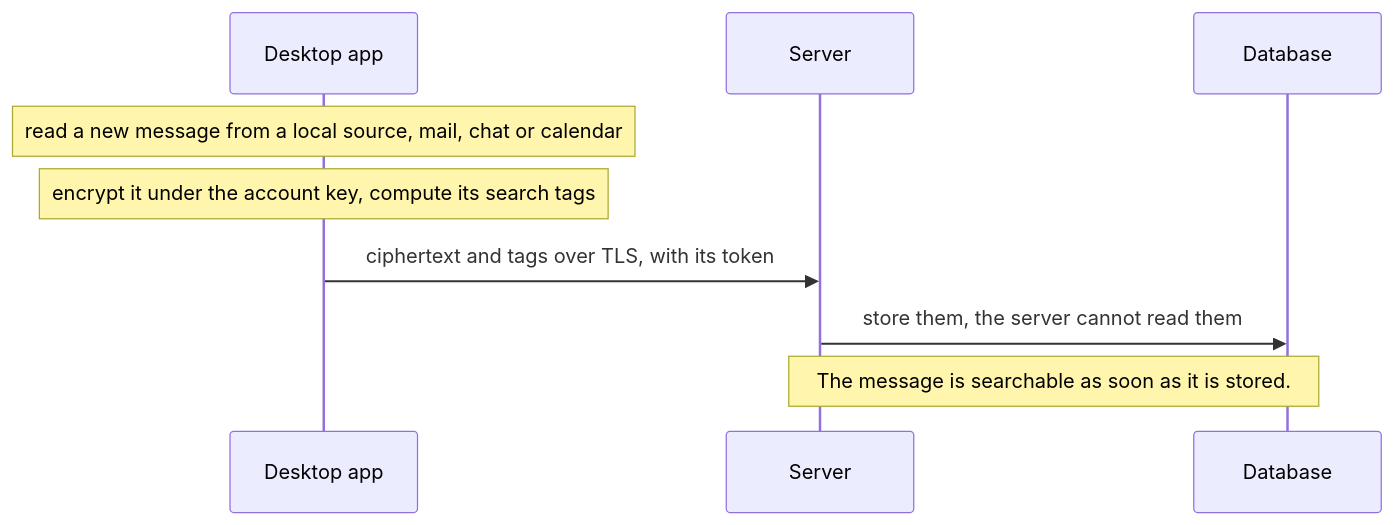
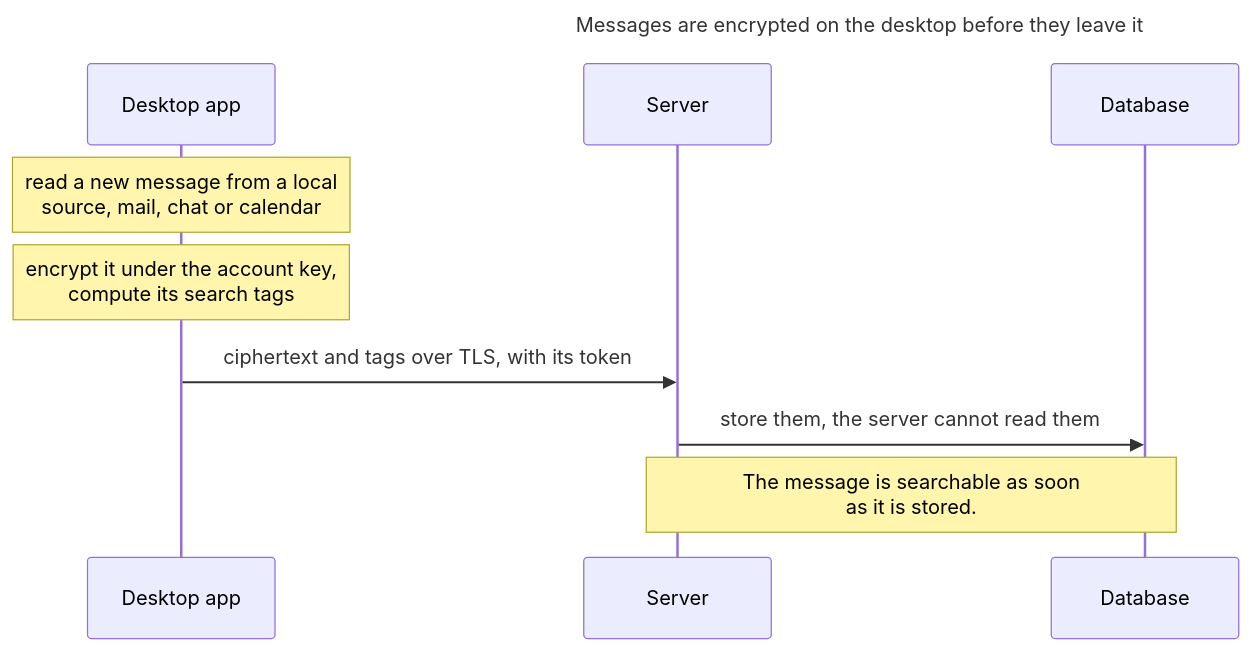
Before and after one commit to ajs-consult-llc/mirror-encryption-rfc: the seventh of 11 diagrams in chapters/07-how-it-works.md, drawn with Mermaid. The commit also changed other lines of this file and 23 other files, not shown here.

First line of the commit message:
Diagrams that read: titles, short lines, vertical layouts

````diff
--- a/chapters/07-how-it-works.md
+++ b/chapters/07-how-it-works.md
@@ -165,13 +191,16 @@
 ```mermaid
+---
+title: "Messages are encrypted on the desktop before they leave it"
+---
 sequenceDiagram
   accTitle: Messages are encrypted on the desktop before they leave it
   accDescr: Collect and push. The desktop app reads a new message from a local source, such as mail, chat or calendar. It encrypts the message under the account key and computes its search tags. It sends the ciphertext and tags to the server over TLS, with its token. The server stores them and cannot read them. The message is searchable as soon as it is stored.
   participant D as Desktop app
   participant S as Server
   participant DB as Database
-  Note over D: read a new message from a local source, mail, chat or calendar
-  Note over D: encrypt it under the account key, compute its search tags
+  Note over D: read a new message from a local<br/>source, mail, chat or calendar
+  Note over D: encrypt it under the account key,<br/>compute its search tags
   D->>S: ciphertext and tags over TLS, with its token
   S->>DB: store them, the server cannot read them
-  Note over S,DB: The message is searchable as soon as it is stored.
+  Note over S,DB: The message is searchable as soon<br/>as it is stored.
 ```
````
